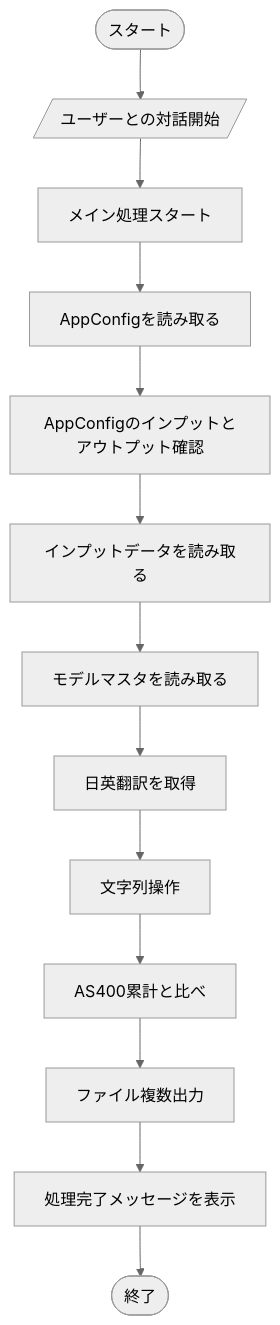
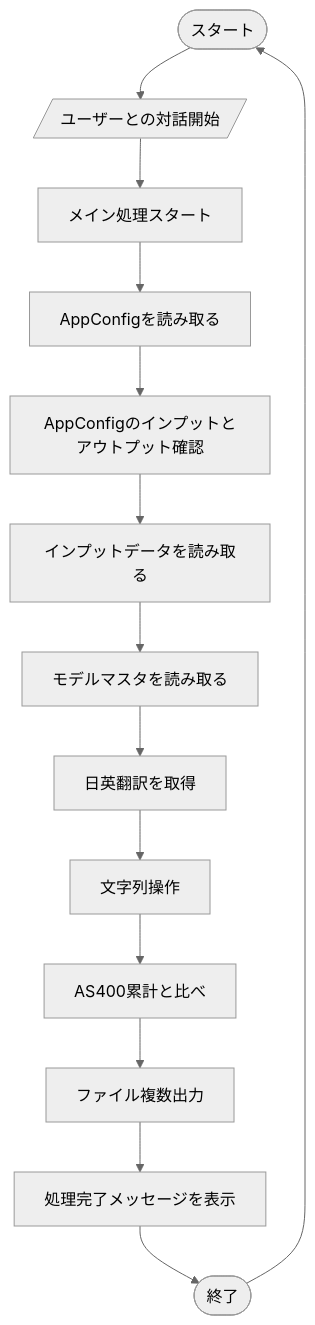
One commit to rhoenkelevra/pre_commit changed the diagram in flowcharts/conception.mmd. Above: the diagram before and after it, drawn with Mermaid (neutral theme). The commit also changed 1 other file, not shown here.

Commit message:
update mermaid

```diff
--- a/flowcharts/conception.mmd
+++ b/flowcharts/conception.mmd
@@ -1,28 +1,29 @@
 flowchart TB
     start(["スタート"])
     UserInteraction[/"ユーザーとの対話開始"/]
     StartMainProcess["メイン処理スタート"]
     LoadAppConfig["AppConfigを読み取る"]
     CheckInputs/OutputsFromConfig["AppConfigのインプットとアウトプット確認"]
     LoadInputFiles["インプットデータを読み取る"]
     LoadMasterFile["モデルマスタを読み取る"]
     GetTranslations["日英翻訳を取得"]
     Check/ChangeStrings["文字列操作"]
     CompareWithPrevious["AS400累計と比べ"]
     OutputFiles["ファイル複数出力"]
     OutputFinalMessage["処理完了メッセージを表示"]
     End(["終了"])
 
     start
     --> UserInteraction
     --> StartMainProcess
     --> LoadAppConfig
     --> CheckInputs/OutputsFromConfig
     --> LoadInputFiles
     --> LoadMasterFile
     --> GetTranslations
     --> Check/ChangeStrings
     --> CompareWithPrevious
     --> OutputFiles
     --> OutputFinalMessage
     --> End
+    --> start
```
